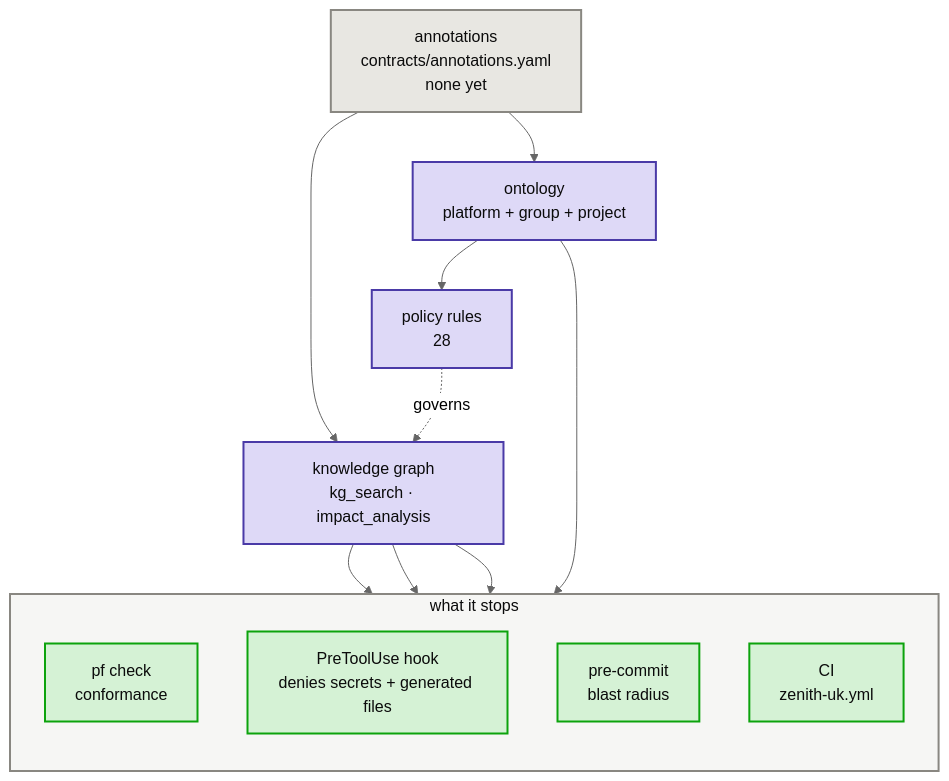
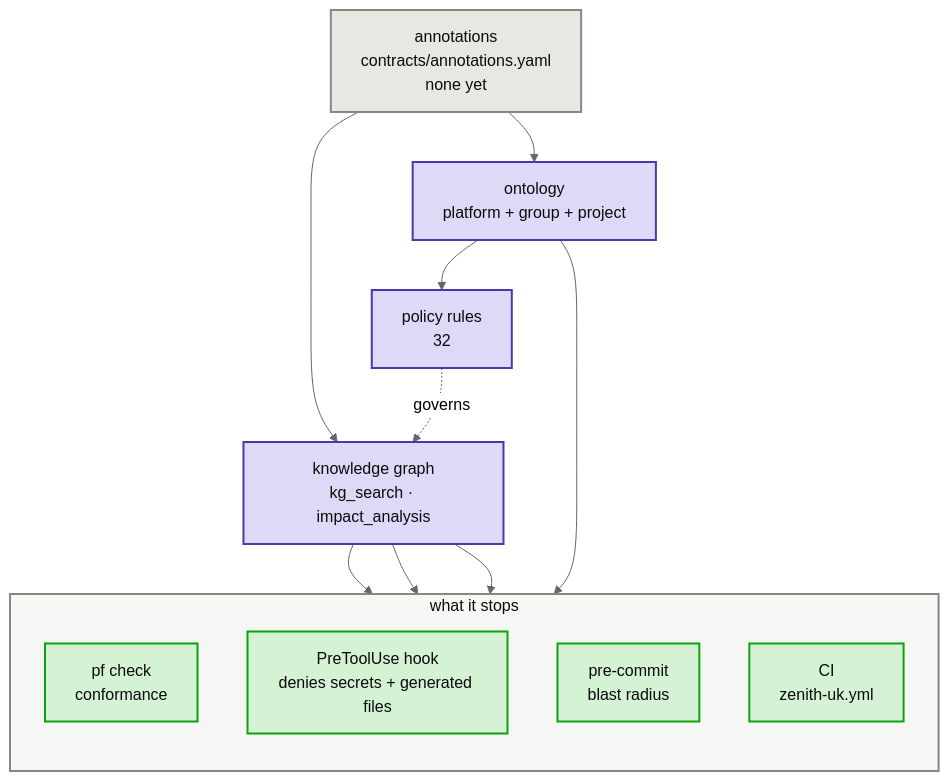
The third of 3 diagrams in groups/zenith/projects/zenith-uk/kg/architecture.md (Atomz-org/data-platform), drawn with Mermaid (neutral theme) before and after one commit. The commit also changed other lines of this file and 17 other files, not shown here.

First line of the commit message:
Rebuild the graphs and maps CI checks, for what this PR touches

````diff
--- a/groups/zenith/projects/zenith-uk/kg/architecture.md
+++ b/groups/zenith/projects/zenith-uk/kg/architecture.md
@@ -64,26 +64,26 @@
 ```mermaid
 flowchart TB
     A["annotations<br/>contracts/annotations.yaml<br/>none yet"]:::neutral
     O["ontology<br/>platform + group + project"]:::platform
-    P["policy rules<br/>28"]:::platform
+    P["policy rules<br/>32"]:::platform
     K["knowledge graph<br/>kg_search · impact_analysis"]:::platform
     subgraph LG["what it stops"]
         direction TB
         E1["pf check<br/>conformance"]:::good
         E2["PreToolUse hook<br/>denies secrets + generated files"]:::good
         E3["pre-commit<br/>blast radius"]:::good
         E4["CI<br/>zenith-uk.yml"]:::good
     end
     A --> O --> P
     A --> K
     P -.governs.-> K
     K --> E2
     K --> E3
     K --> E4
     O --> E1
     classDef platform fill:#ded9f7,stroke:#4a3aa7,stroke-width:2px,color:#0b0b0b
     classDef good fill:#d5f2d5,stroke:#0ca30c,stroke-width:2px,color:#0b0b0b
     classDef neutral fill:#e8e7e2,stroke:#898781,stroke-width:2px,color:#0b0b0b
     classDef lane fill:#f6f6f4,stroke:#898781,stroke-width:2px,color:#0b0b0b
     class LG lane
 ```
````
